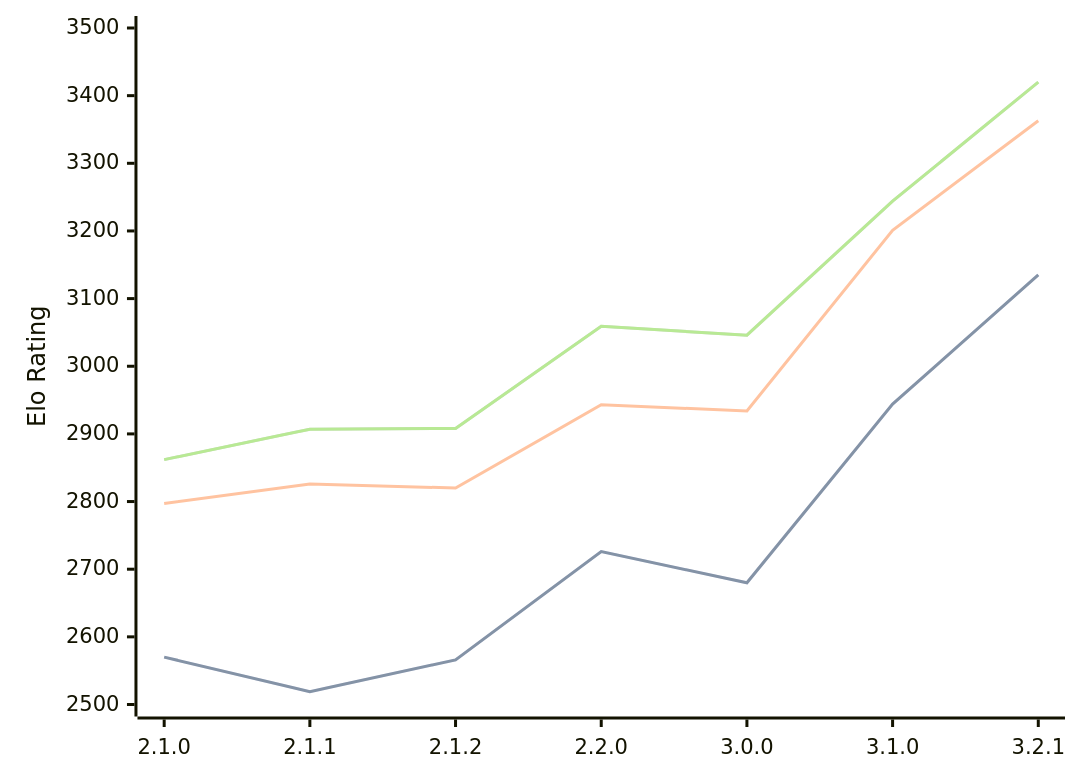
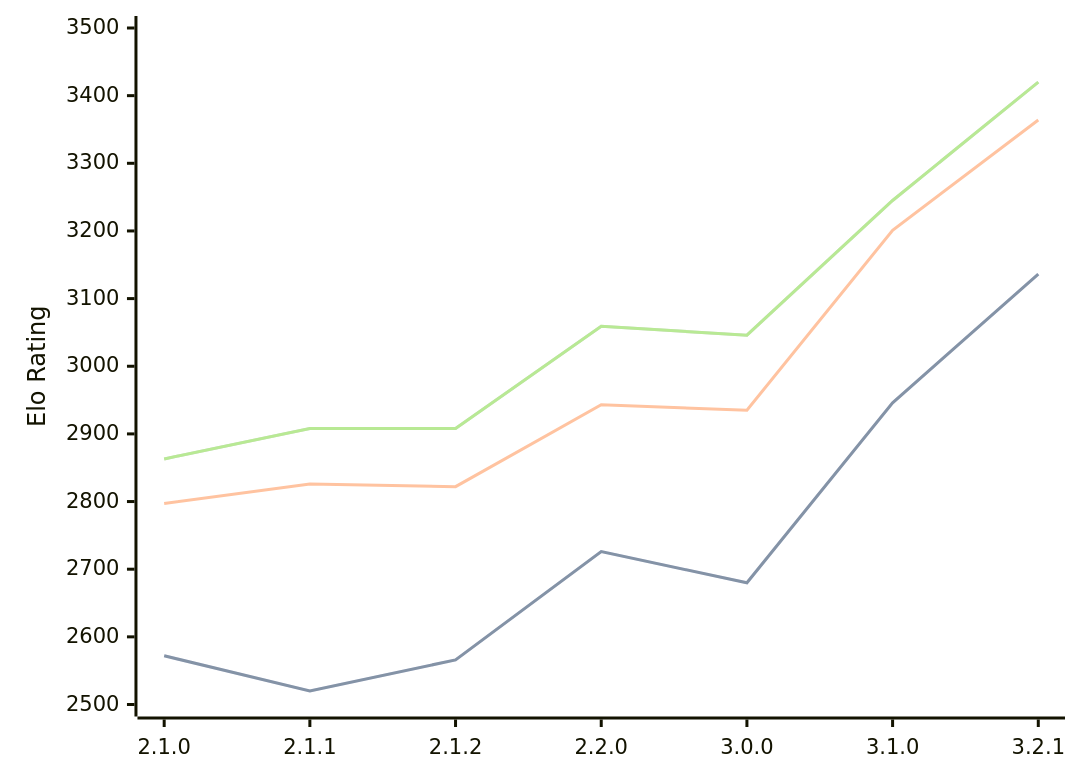
The diagram in engines/Prune.md (computer-chess-index/cci), drawn with Mermaid before and after one commit. The commit also changed other lines of this file, not shown here.

Commit message:
Update CCI Ratings (ELO VLTC) - 2026-04-25

````diff
--- a/engines/Prune.md
+++ b/engines/Prune.md
@@ -42,11 +42,11 @@
 ```mermaid
 %%{init: {"theme":"base","themeVariables":{"seriesColors:['#a3a3a3','#222221','#faa371']}}}%%
 xychart-beta
   x-axis ["2.1.0", "2.1.1", "2.1.2", "2.2.0", "3.0.0", "3.1.0", "3.2.1"]
   y-axis "Elo Rating" 2500 --> 3500
-  line "STC (8.0+0.08s)" [2570, 2519, 2566, 2726, 2680, 2944, 3135]
-  line "STC (8.0+0.08s)" [2570, 2519, 2566, 2726, 2680, 2944, 3135]
-  line "LTC (60.0+0.60s)" [2797, 2826, 2820, 2943, 2934, 3201, 3363]
-  line "VLTC (2m24s+1.12s)" [2862, 2907, 2908, 3059, 3046, 3244, 3420]
-  line "VLTC (2m24s+1.12s)" [2862, 2907, 2908, 3059, 3046, 3244, 3420]
+  line "STC (8.0+0.08s)" [2572, 2520, 2566, 2726, 2680, 2946, 3136]
+  line "STC (8.0+0.08s)" [2572, 2520, 2566, 2726, 2680, 2946, 3136]
+  line "LTC (60.0+0.60s)" [2797, 2826, 2822, 2943, 2935, 3201, 3364]
+  line "VLTC (2m24s+1.12s)" [2863, 2908, 2908, 3059, 3046, 3245, 3420]
+  line "VLTC (2m24s+1.12s)" [2863, 2908, 2908, 3059, 3046, 3245, 3420]
 ```
````
